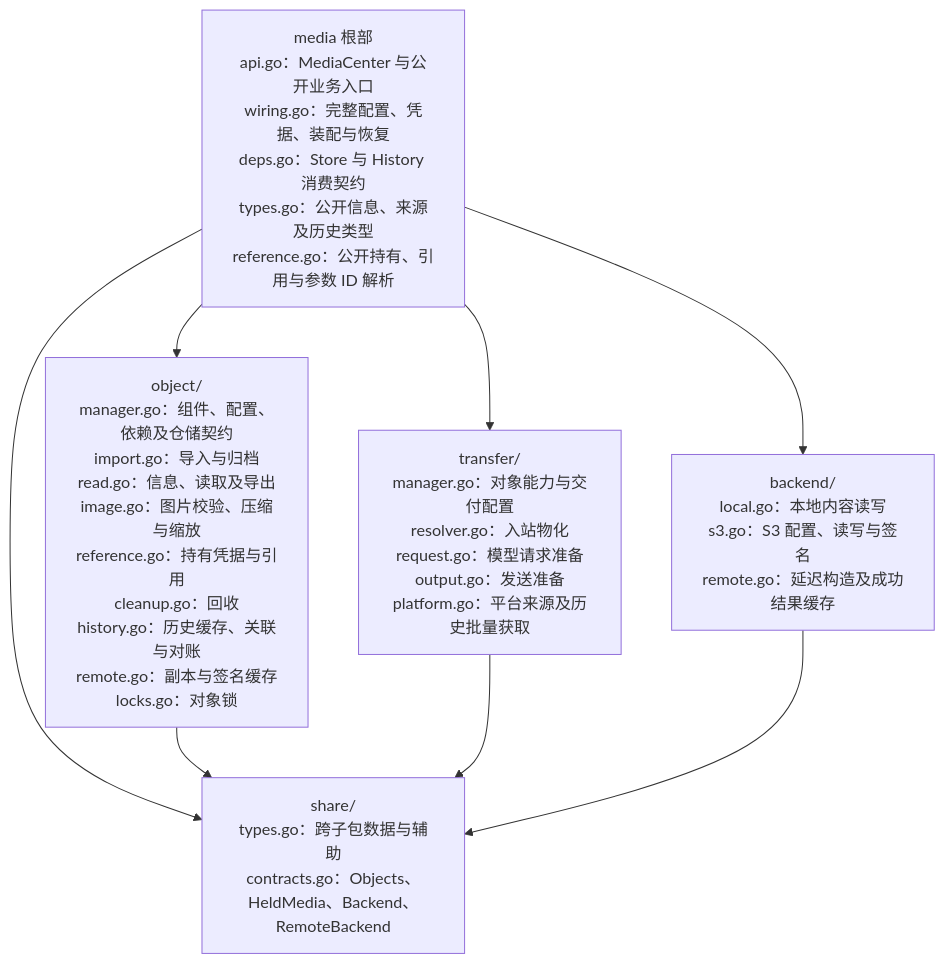
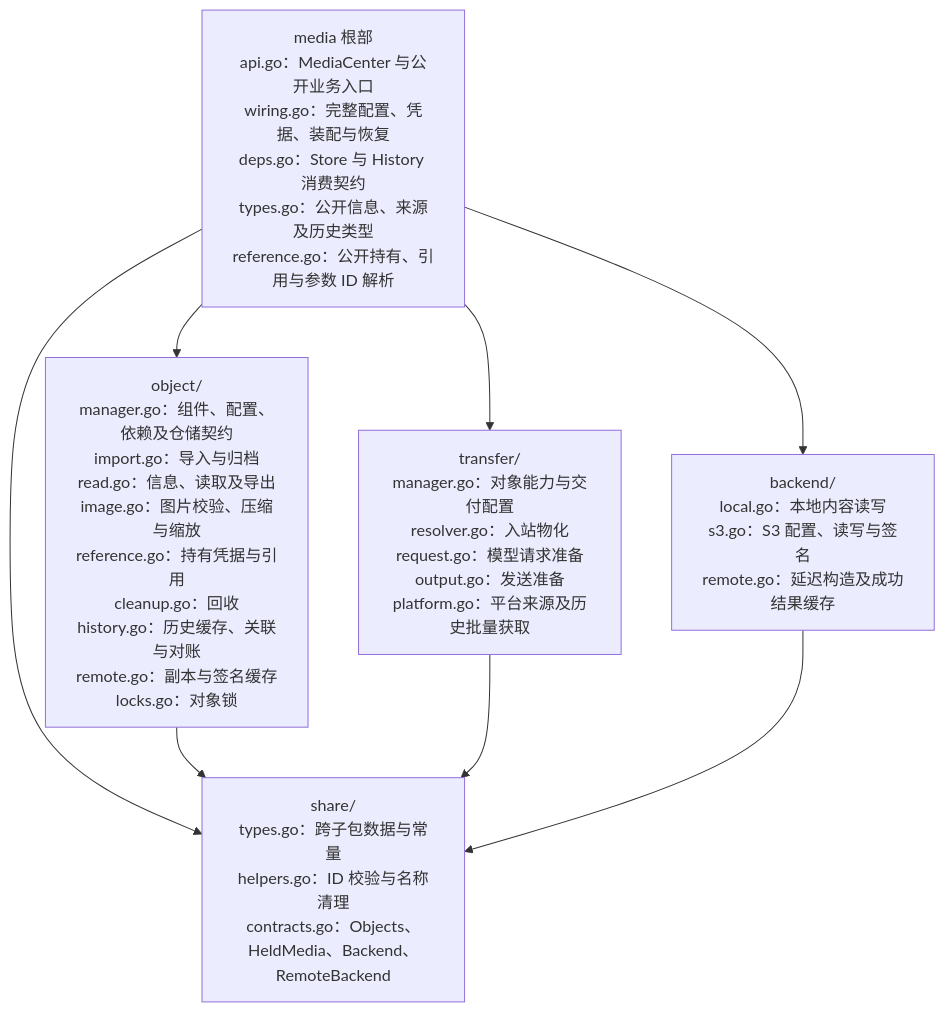
One commit to Elflare/elbot changed the second of 3 diagrams in devdocs/app-design.md. Above: the diagram before and after it, drawn with Mermaid. The commit also changed other lines of this file and 6 other files, not shown here.

````diff
--- a/devdocs/app-design.md
+++ b/devdocs/app-design.md
@@ -106,15 +106,15 @@
 ```mermaid
 flowchart TB
     R["media 根部<br/>api.go：MediaCenter 与公开业务入口<br/>wiring.go：完整配置、凭据、装配与恢复<br/>deps.go：Store 与 History 消费契约<br/>types.go：公开信息、来源及历史类型<br/>reference.go：公开持有、引用与参数 ID 解析"]
     O["object/<br/>manager.go：组件、配置、依赖及仓储契约<br/>import.go：导入与归档<br/>read.go：信息、读取及导出<br/>image.go：图片校验、压缩与缩放<br/>reference.go：持有凭据与引用<br/>cleanup.go：回收<br/>history.go：历史缓存、关联与对账<br/>remote.go：副本与签名缓存<br/>locks.go：对象锁"]
     T["transfer/<br/>manager.go：对象能力与交付配置<br/>resolver.go：入站物化<br/>request.go：模型请求准备<br/>output.go：发送准备<br/>platform.go：平台来源及历史批量获取"]
     B["backend/<br/>local.go：本地内容读写<br/>s3.go：S3 配置、读写与签名<br/>remote.go：延迟构造及成功结果缓存"]
-    S["share/<br/>types.go：跨子包数据与辅助<br/>contracts.go：Objects、HeldMedia、Backend、RemoteBackend"]
+    S["share/<br/>types.go：跨子包数据与常量<br/>helpers.go：ID 校验与名称清理<br/>contracts.go：Objects、HeldMedia、Backend、RemoteBackend"]
     R --> O
     R --> T
     R --> B
     R --> S
     O --> S
     T --> S
     B --> S
 ```
````
